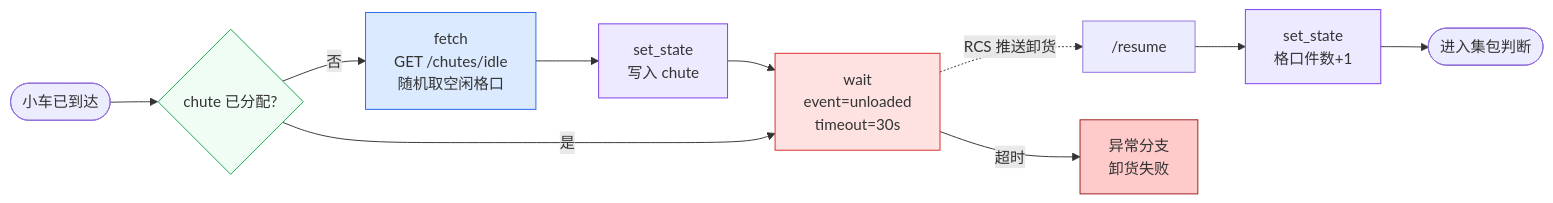
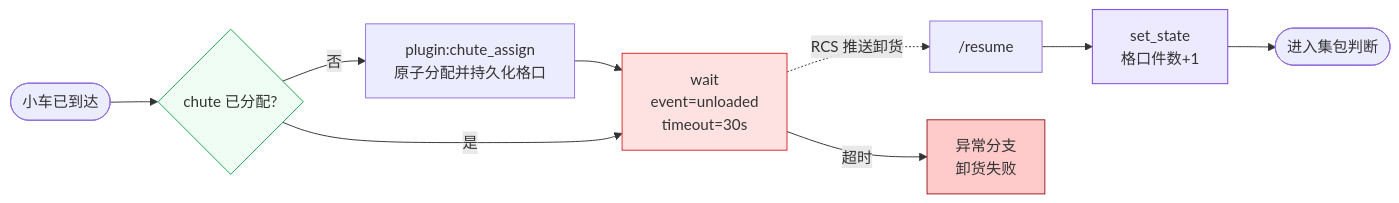
The third of 5 diagrams in docs/plans/分拣场景规划.md (junqing258/ses-flow), drawn with Mermaid before and after one commit. The commit also changed other lines of this file, not shown here.

Commit message:
docs(分拣场景): 改为通过 chute_assign 插件原子分配格口

````diff
--- a/docs/plans/分拣场景规划.md
+++ b/docs/plans/分拣场景规划.md
@@ -162,23 +162,22 @@
 ```mermaid
 flowchart LR
     ENTRY([小车已到达]) --> R0{chute 已分配?}
-    R0 -- 否 --> R0F[fetch<br/>GET /chutes/idle<br/>随机取空闲格口]
-    R0F --> R0S[set_state<br/>写入 chute]
-    R0S --> R4
+    R0 -- 否 --> R0P[plugin:chute_assign<br/>原子分配并持久化格口]
+    R0P --> R4
     R0 -- 是 --> R4[wait<br/>event=unloaded<br/>timeout=30s]
     R4 -.RCS 推送卸货.-> R4R["/resume"] --> R5[set_state<br/>格口件数+1]
     R5 --> OUT([进入集包判断])
 
     R4 -- 超时 --> E2[异常分支<br/>卸货失败]
 
     classDef wait fill:#fee2e2,stroke:#dc2626
     classDef fetch fill:#dbeafe,stroke:#2563eb
     classDef state fill:#ede9fe,stroke:#7c3aed
     classDef err fill:#fecaca,stroke:#991b1b
     classDef cond fill:#f0fdf4,stroke:#16a34a
     class R4 wait
-    class R0F fetch
-    class R0S,R5 state
+    class R0P plugin
+    class R5 state
     class E2 err
     class R0 cond
 ```
````
